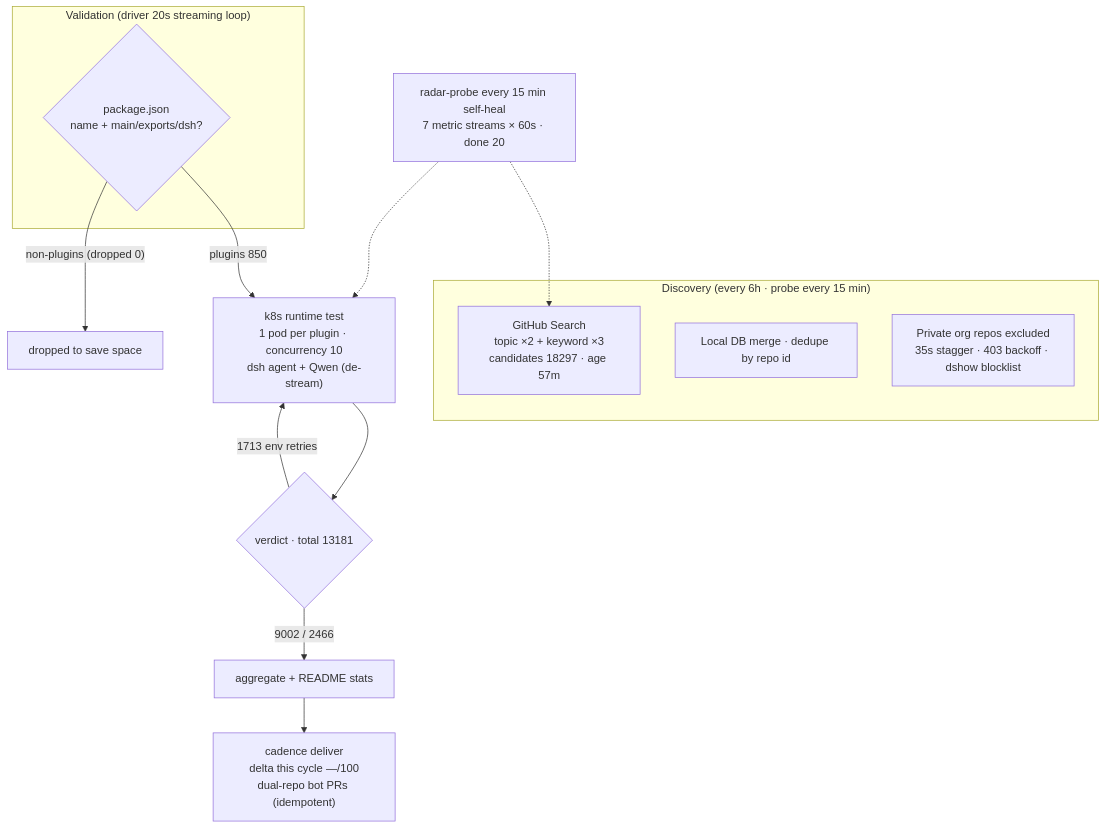
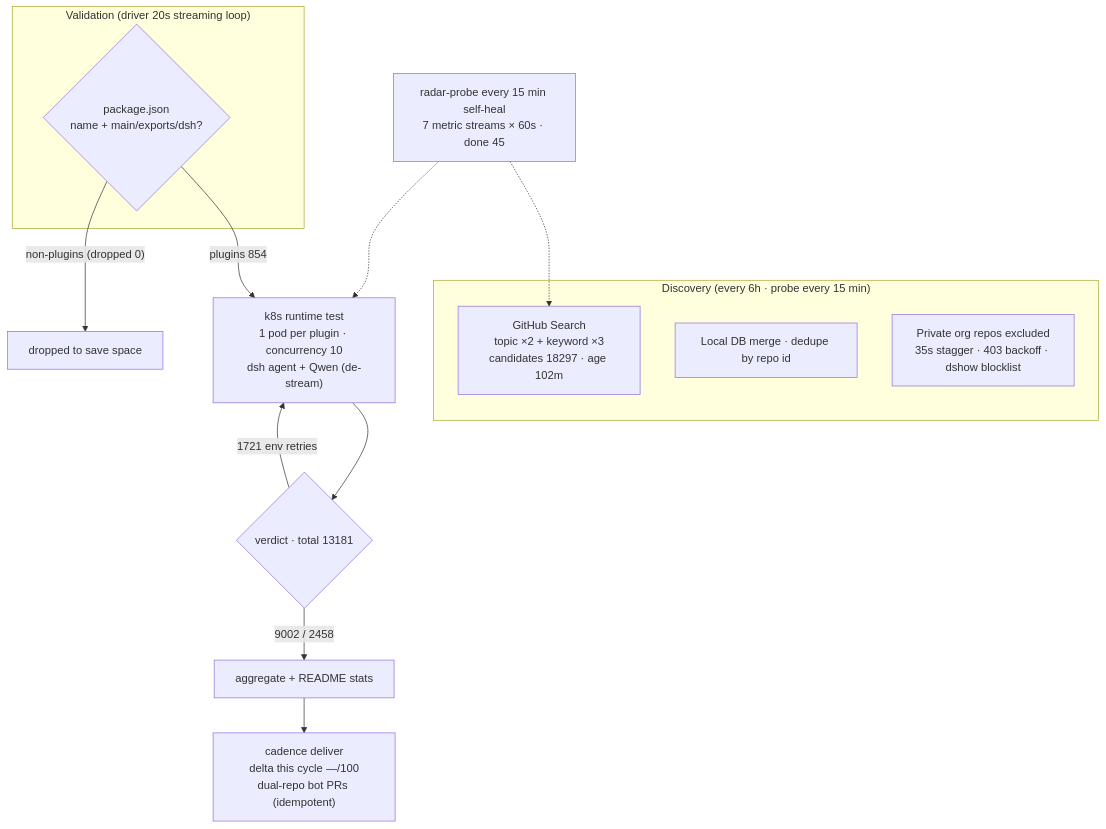
The diagram in README.en-US.md (AdamPlatin123/awesome-dsh-plugins), drawn with Mermaid before and after one commit. The commit also changed other lines of this file and 5 other files, not shown here.

````diff
--- a/README.en-US.md
+++ b/README.en-US.md
@@ -45,20 +45,20 @@
 ```mermaid
 flowchart TB
     subgraph Discovery["Discovery (every 6h · probe every 15 min)"]
-        A1["GitHub Search<br/>topic ×2 + keyword ×3<br/>candidates 18297 · age 57m"]
+        A1["GitHub Search<br/>topic ×2 + keyword ×3<br/>candidates 18297 · age 102m"]
         A2["Local DB merge · dedupe by repo id"]
         A3["Private org repos excluded<br/>35s stagger · 403 backoff · dshow blocklist"]
     end
     subgraph Validation["Validation (driver 20s streaming loop)"]
         B1{"package.json<br/>name + main/exports/dsh?"}
     end
-    B1 -->|"plugins 850"| C1["k8s runtime test<br/>1 pod per plugin · concurrency 10<br/>dsh agent + Qwen (de-stream)"]
+    B1 -->|"plugins 854"| C1["k8s runtime test<br/>1 pod per plugin · concurrency 10<br/>dsh agent + Qwen (de-stream)"]
     B1 -->|"non-plugins (dropped 0)"| B3["dropped to save space"]
     C1 --> D1{"verdict · total 13181"}
-    D1 -->|"9002 / 2466"| E1["aggregate + README stats"]
-    D1 -->|"1713 env retries"| C1
+    D1 -->|"9002 / 2458"| E1["aggregate + README stats"]
+    D1 -->|"1721 env retries"| C1
     E1 --> E2["cadence deliver<br/>delta this cycle —/100<br/>dual-repo bot PRs (idempotent)"]
-    M["radar-probe every 15 min self-heal<br/>7 metric streams × 60s · done 20"]
+    M["radar-probe every 15 min self-heal<br/>7 metric streams × 60s · done 45"]
     M -.-> A1
     M -.-> C1
 ```
````
